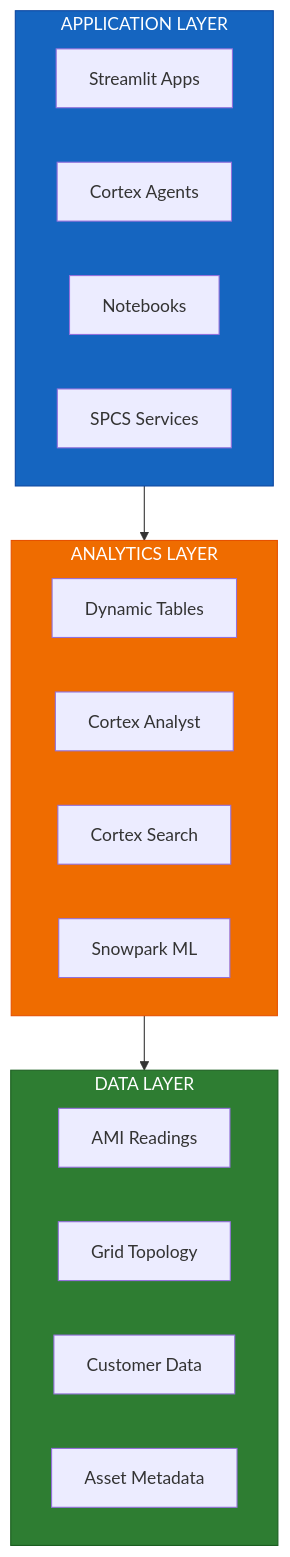
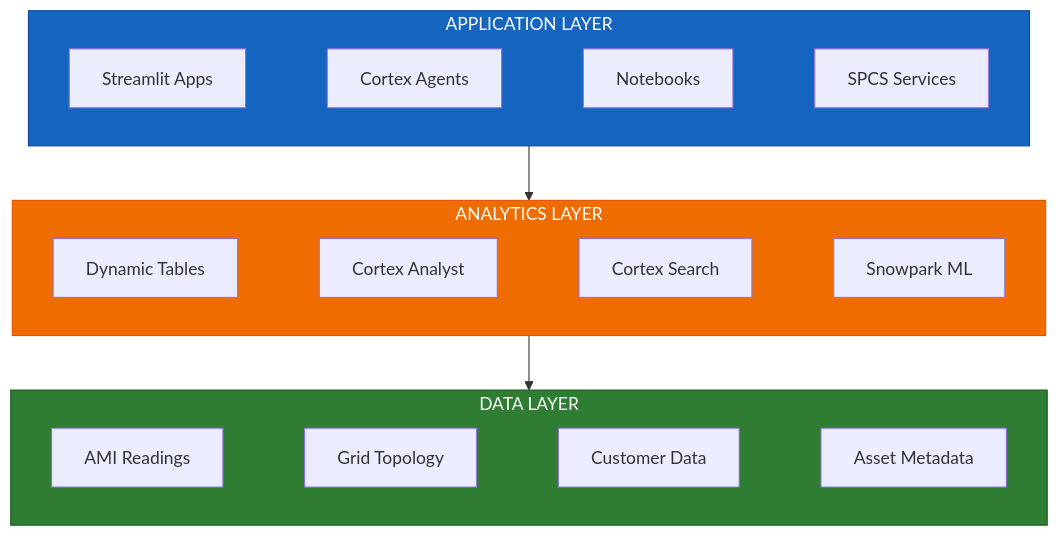
Before and after one commit to sfc-gh-abannerjee/flux-utility-solutions: the first of 7 diagrams in docs/ARCHITECTURE.md, drawn with Mermaid. The commit also changed 1 other file, not shown here.

Commit message:
Force horizontal layout in subgraphs using invisible links
Use ~~~ (invisible link) syntax to chain items horizontally within each
layer since GitHub's Mermaid doesn't respect direction LR in subgraphs.

.... Generated with [Cortex Code](https://docs.snowflake.com/user-guide/snowflake-cortex/cortex-agents)

````diff
--- a/docs/ARCHITECTURE.md
+++ b/docs/ARCHITECTURE.md
@@ -9,32 +9,20 @@
 ```mermaid
 flowchart TB
     subgraph APP["APPLICATION LAYER"]
-        direction LR
-        A1["Streamlit Apps"]
-        A2["Cortex Agents"]
-        A3["Notebooks"]
-        A4["SPCS Services"]
+        A1["Streamlit Apps"] ~~~ A2["Cortex Agents"] ~~~ A3["Notebooks"] ~~~ A4["SPCS Services"]
     end
     
     subgraph ANALYTICS["ANALYTICS LAYER"]
-        direction LR
-        B1["Dynamic Tables"]
-        B2["Cortex Analyst"]
-        B3["Cortex Search"]
-        B4["Snowpark ML"]
+        B1["Dynamic Tables"] ~~~ B2["Cortex Analyst"] ~~~ B3["Cortex Search"] ~~~ B4["Snowpark ML"]
     end
     
     subgraph DATA["DATA LAYER"]
-        direction LR
-        C1["AMI Readings"]
-        C2["Grid Topology"]
-        C3["Customer Data"]
-        C4["Asset Metadata"]
+        C1["AMI Readings"] ~~~ C2["Grid Topology"] ~~~ C3["Customer Data"] ~~~ C4["Asset Metadata"]
     end
     
     APP --> ANALYTICS --> DATA
     
     style APP fill:#1565c0,color:#fff,stroke:#0d47a1
     style ANALYTICS fill:#ef6c00,color:#fff,stroke:#e65100
     style DATA fill:#2e7d32,color:#fff,stroke:#1b5e20
 ```
````
